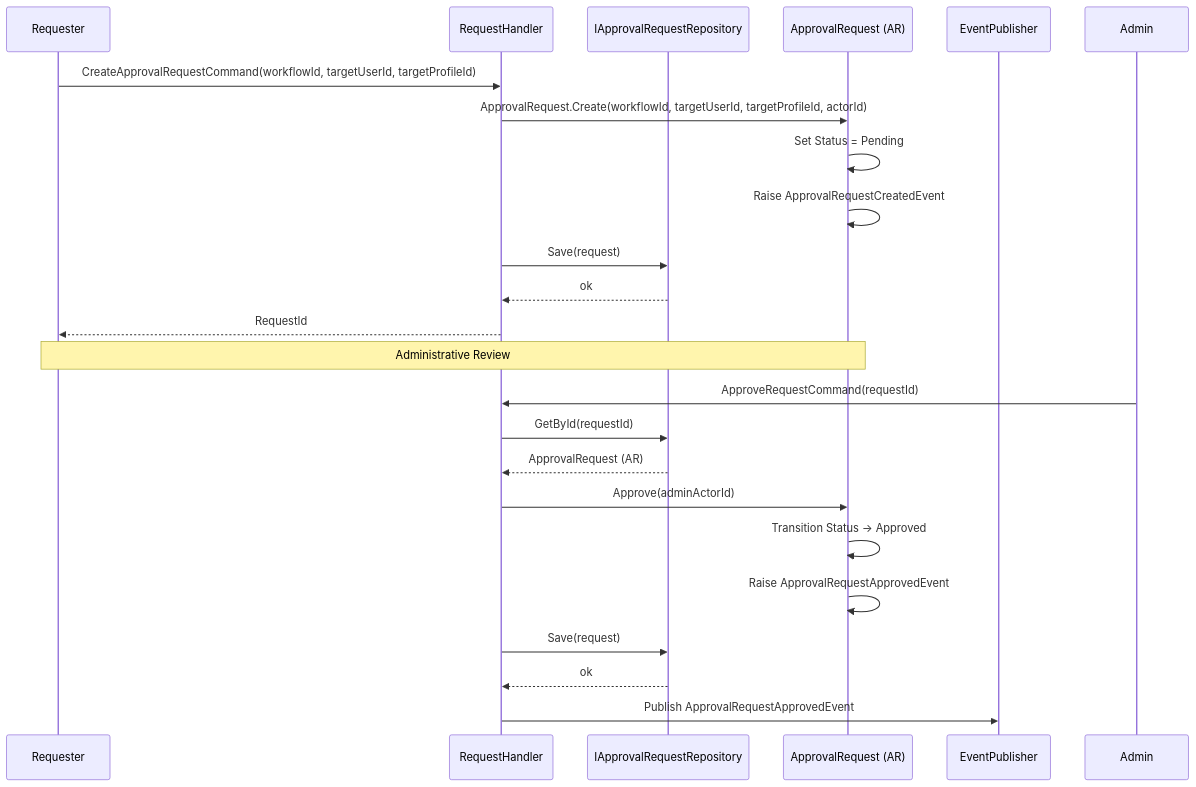
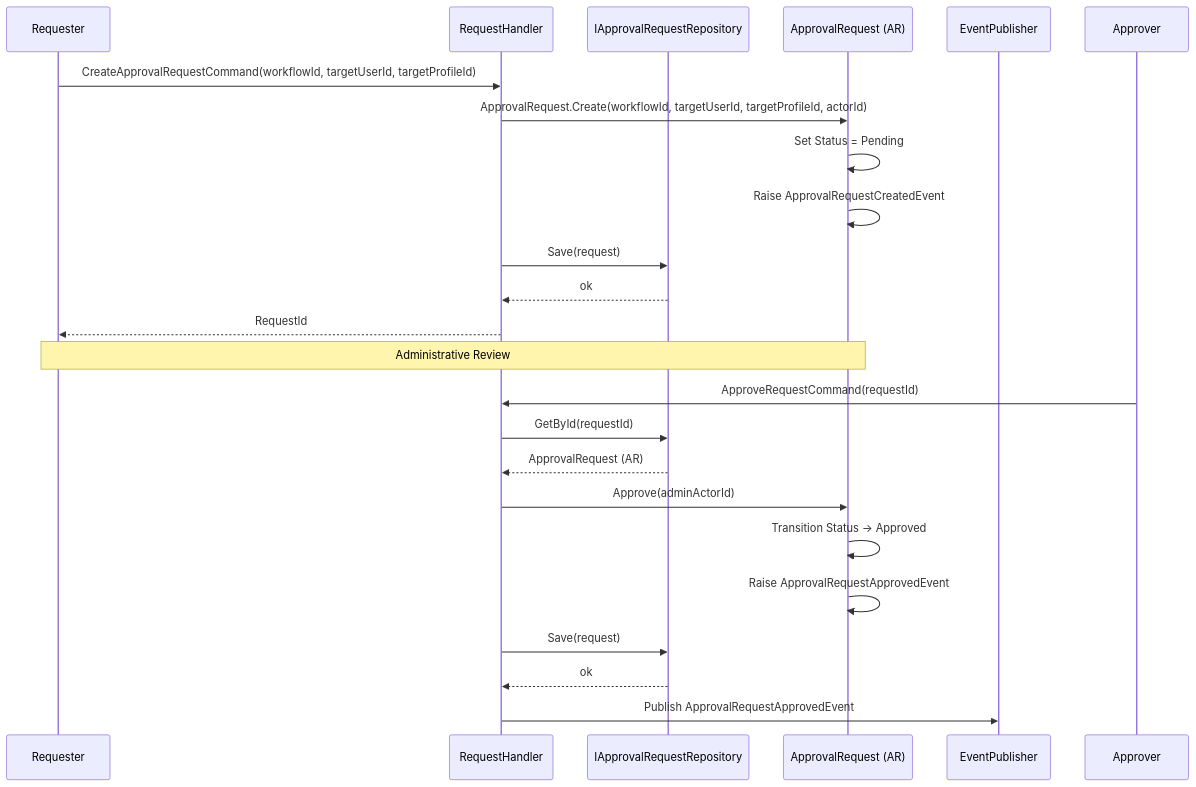
One commit to beyondnetcode/ums changed the second of 4 diagrams in docs/domain/approvals/approval-request.md. Above: the diagram before and after it, drawn with Mermaid. The commit also changed other lines of this file and 14 other files, not shown here.

Commit message:
docs(onboarding): align domain and ER models

````diff
--- a/docs/domain/approvals/approval-request.md
+++ b/docs/domain/approvals/approval-request.md
@@ -102,27 +103,28 @@
 ```mermaid
 sequenceDiagram
     participant U as Requester
     participant H as RequestHandler
     participant R as IApprovalRequestRepository
     participant A as ApprovalRequest (AR)
     participant E as EventPublisher
+    participant Admin as Approver
 
     U->>H: CreateApprovalRequestCommand(workflowId, targetUserId, targetProfileId)
     H->>A: ApprovalRequest.Create(workflowId, targetUserId, targetProfileId, actorId)
     A->>A: Set Status = Pending
     A->>A: Raise ApprovalRequestCreatedEvent
     H->>R: Save(request)
     R-->>H: ok
     H-->>U: RequestId
 
     Note over U,A: Administrative Review
     Admin->>H: ApproveRequestCommand(requestId)
     H->>R: GetById(requestId)
     R-->>H: ApprovalRequest (AR)
     H->>A: Approve(adminActorId)
     A->>A: Transition Status -> Approved
     A->>A: Raise ApprovalRequestApprovedEvent
     H->>R: Save(request)
     R-->>H: ok
     H->>E: Publish ApprovalRequestApprovedEvent
 ```
````
